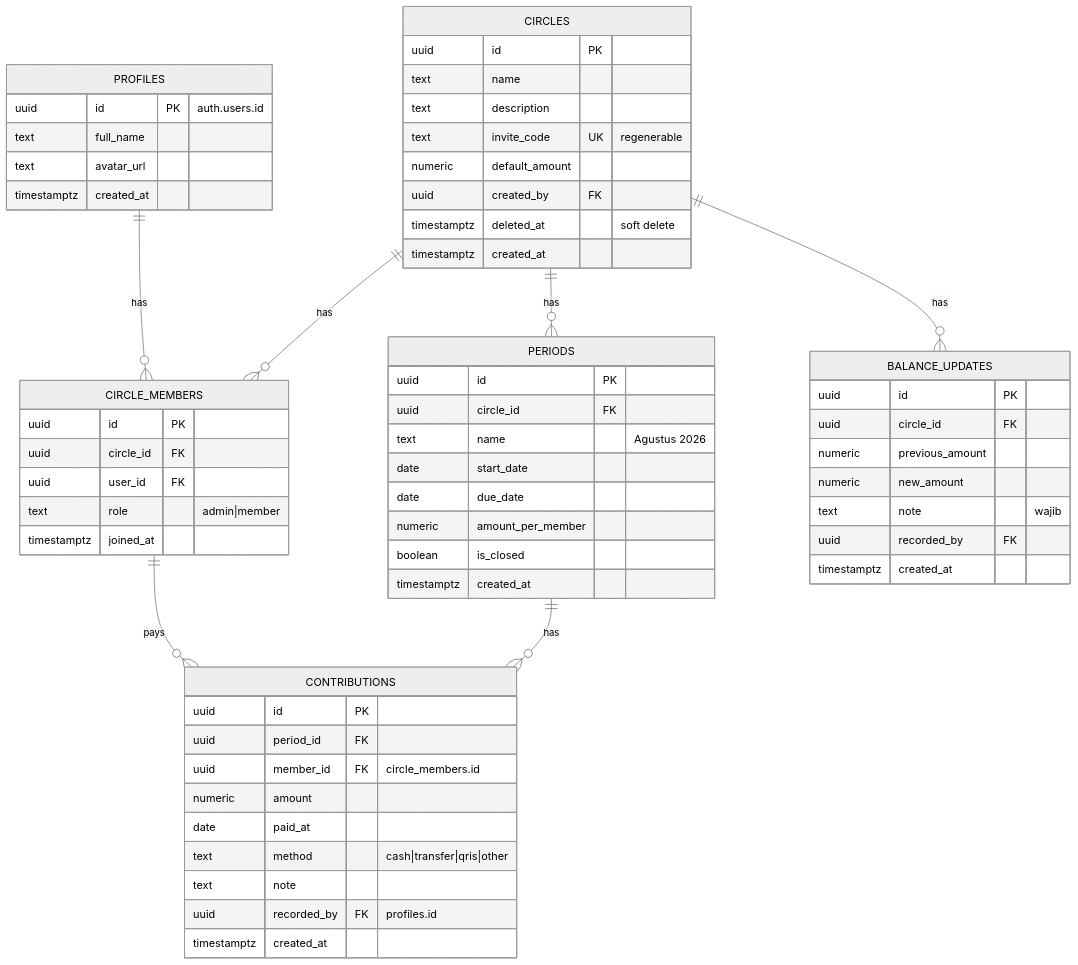
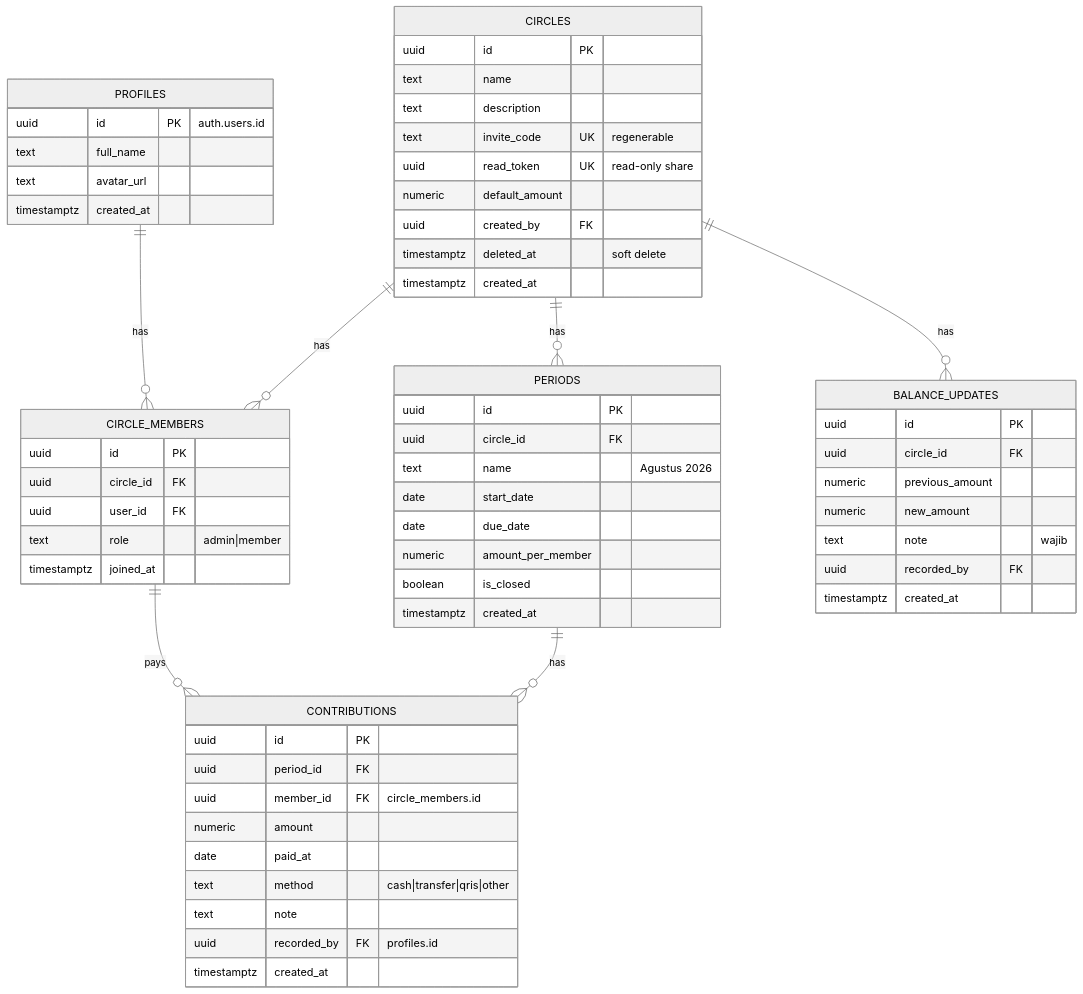
The second of 2 diagrams in docs/ARCHITECTURE.md (Faliirham/Teadrop), drawn with Mermaid (neutral theme) before and after one commit. The commit also changed other lines of this file and 3 other files, not shown here.

First line of the commit message:
docs: update PRD, SRS, roadmap, and architecture for internal circle phase

````diff
--- a/docs/ARCHITECTURE.md
+++ b/docs/ARCHITECTURE.md
@@ -45,63 +49,64 @@
 ```mermaid
 erDiagram
     PROFILES ||--o{ CIRCLE_MEMBERS : has
     CIRCLES ||--o{ CIRCLE_MEMBERS : has
     CIRCLES ||--o{ PERIODS : has
     CIRCLES ||--o{ BALANCE_UPDATES : has
     PERIODS ||--o{ CONTRIBUTIONS : has
     CIRCLE_MEMBERS ||--o{ CONTRIBUTIONS : pays
 
     PROFILES {
         uuid id PK "auth.users.id"
         text full_name
         text avatar_url
         timestamptz created_at
     }
     CIRCLES {
         uuid id PK
         text name
         text description
         text invite_code UK "regenerable"
+        uuid read_token UK "read-only share"
         numeric default_amount
         uuid created_by FK
         timestamptz deleted_at "soft delete"
         timestamptz created_at
     }
     CIRCLE_MEMBERS {
         uuid id PK
         uuid circle_id FK
         uuid user_id FK
         text role "admin|member"
         timestamptz joined_at
     }
     PERIODS {
         uuid id PK
         uuid circle_id FK
         text name "Agustus 2026"
         date start_date
         date due_date
         numeric amount_per_member
         boolean is_closed
         timestamptz created_at
     }
     CONTRIBUTIONS {
         uuid id PK
         uuid period_id FK
         uuid member_id FK "circle_members.id"
         numeric amount
         date paid_at
         text method "cash|transfer|qris|other"
         text note
         uuid recorded_by FK "profiles.id"
         timestamptz created_at
     }
     BALANCE_UPDATES {
         uuid id PK
         uuid circle_id FK
         numeric previous_amount
         numeric new_amount
         text note "wajib"
         uuid recorded_by FK
         timestamptz created_at
     }
 ```
````
